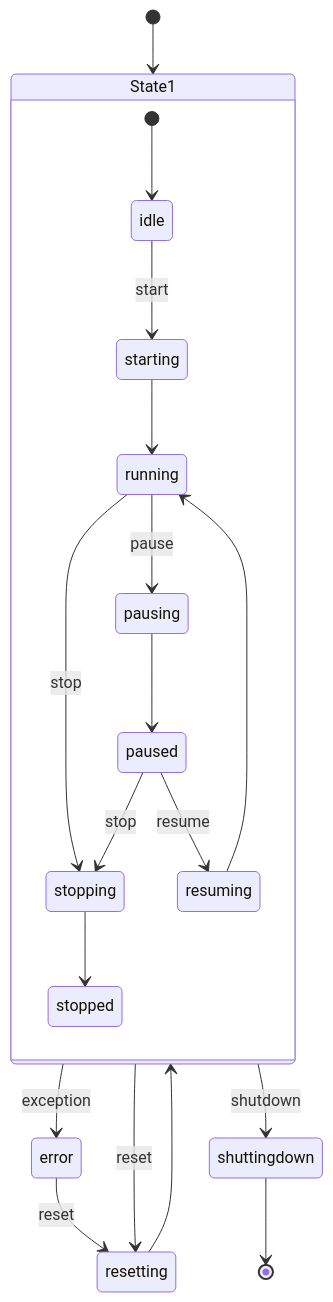
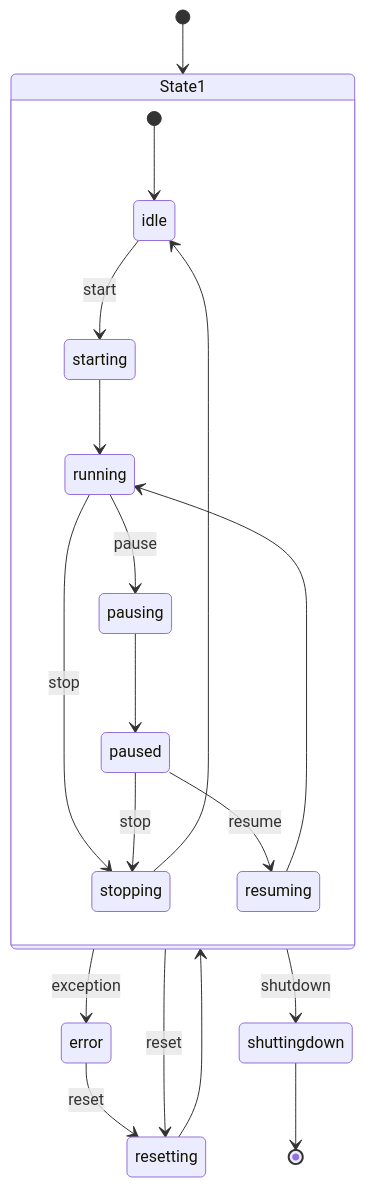
Before and after one commit to VILLASframework/documentation: the second of 2 diagrams in doc/controller/Protocol.md, drawn with Mermaid.

Commit message:
update state machine

```diff
--- a/doc/controller/Protocol.md
+++ b/doc/controller/Protocol.md
@@ -124,22 +124,22 @@
 <div class="mermaid">
 stateDiagram-v2
     [*] --> State1
     state State1 {
       [*] --> idle
       idle --> starting: start
       starting --> running
       running --> stopping: stop
-      stopping --> stopped
       running --> pausing: pause
       pausing --> paused
       paused --> stopping: stop
+      stopping --> idle
       paused --> resuming: resume
       resuming --> running
     }
     State1 --> resetting: reset
     resetting --> State1
     State1 --> shuttingdown: shutdown
     shuttingdown --> [*]
     State1 --> error: exception
     error --> resetting: reset
 </div>
```
